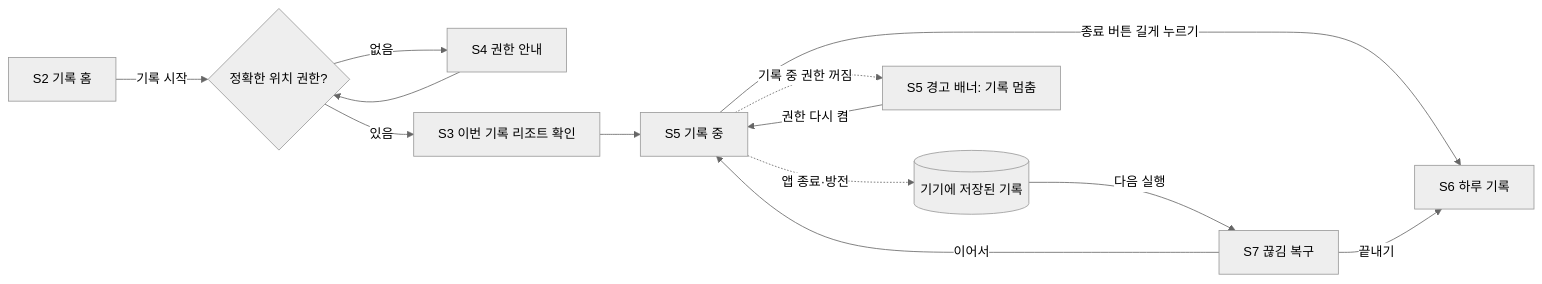
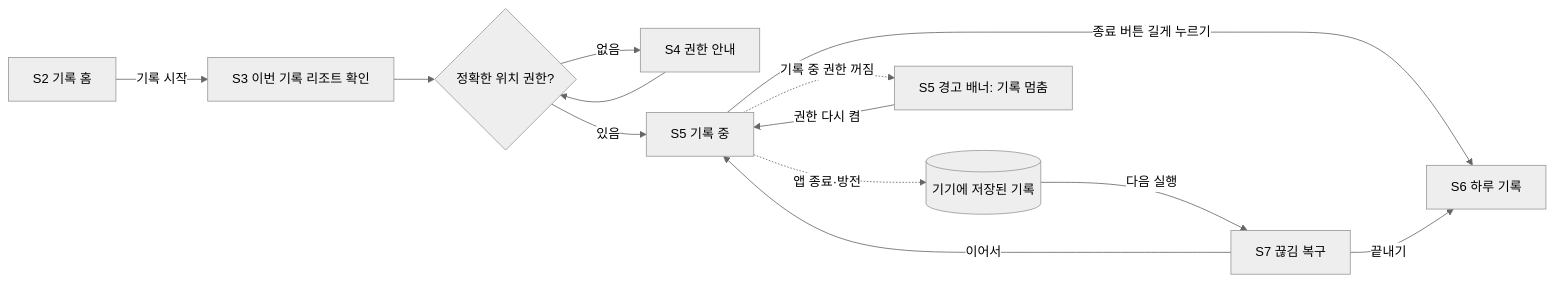
The second of 2 diagrams in docs/04-flows.md (JIHO45/SlopeMate), drawn with Mermaid (neutral theme) before and after one commit. The commit also changed 9 other files, not shown here.

````diff
--- a/docs/04-flows.md
+++ b/docs/04-flows.md
@@ -75,14 +75,14 @@
 ```mermaid
 flowchart LR
-    A[S2 기록 홈] -->|기록 시작| B{정확한 위치 권한?}
+    A[S2 기록 홈] -->|기록 시작| D[S3 이번 기록 리조트 확인]
+    D --> B{정확한 위치 권한?}
     B -->|없음| C[S4 권한 안내] --> B
-    B -->|있음| D[S3 이번 기록 리조트 확인]
-    D --> E[S5 기록 중]
+    B -->|있음| E[S5 기록 중]
     E -->|종료 버튼 길게 누르기| F[S6 하루 기록]
     E -.->|앱 종료·방전| G[(기기에 저장된 기록)]
     G -->|다음 실행| H[S7 끊김 복구]
     H -->|이어서| E
     H -->|끝내기| F
     E -.->|기록 중 권한 꺼짐| I[S5 경고 배너: 기록 멈춤]
     I -->|권한 다시 켬| E
 ```
````
